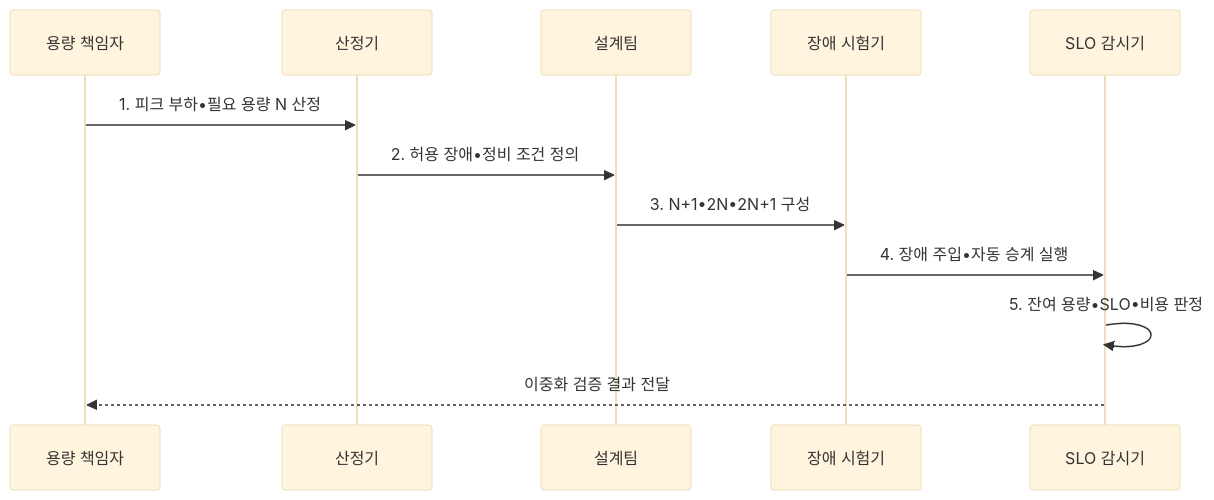
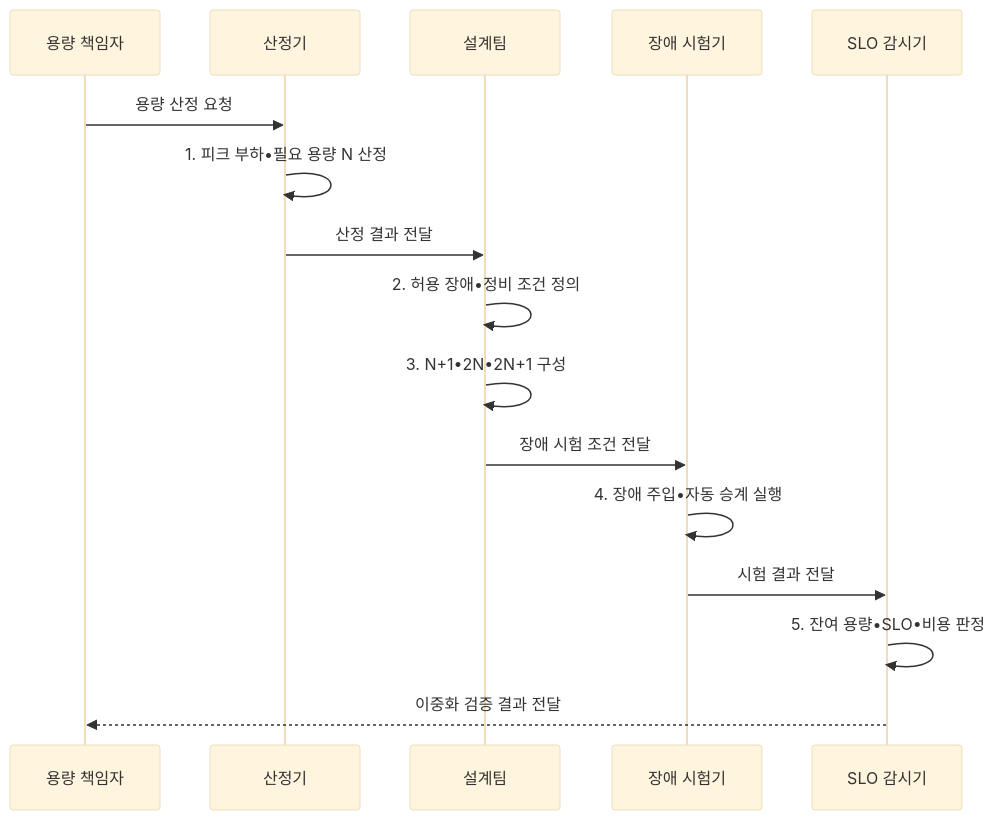
The second of 2 diagrams in src/content/docs/notes/06-evaluation/024_redundancy_configuration.md (agnusdei1207/knowledge-base), drawn with Mermaid (base theme) before and after one commit. The commit also changed other lines of this file and 20 other files, not shown here.

````diff
--- a/src/content/docs/notes/06-evaluation/024_redundancy_configuration.md
+++ b/src/content/docs/notes/06-evaluation/024_redundancy_configuration.md
@@ -106,14 +106,18 @@
 ```mermaid
 sequenceDiagram
   participant O as 용량 책임자
   participant C as 산정기
   participant D as 설계팀
   participant T as 장애 시험기
   participant M as SLO 감시기
-  O->>C: 1. 피크 부하•필요 용량 N 산정
-  C->>D: 2. 허용 장애•정비 조건 정의
-  D->>T: 3. N+1•2N•2N+1 구성
-  T->>M: 4. 장애 주입•자동 승계 실행
+  O->>C: 용량 산정 요청
+  C->>C: 1. 피크 부하•필요 용량 N 산정
+  C->>D: 산정 결과 전달
+  D->>D: 2. 허용 장애•정비 조건 정의
+  D->>D: 3. N+1•2N•2N+1 구성
+  D->>T: 장애 시험 조건 전달
+  T->>T: 4. 장애 주입•자동 승계 실행
+  T->>M: 시험 결과 전달
   M->>M: 5. 잔여 용량•SLO•비용 판정
   M-->>O: 이중화 검증 결과 전달
 ```
````
